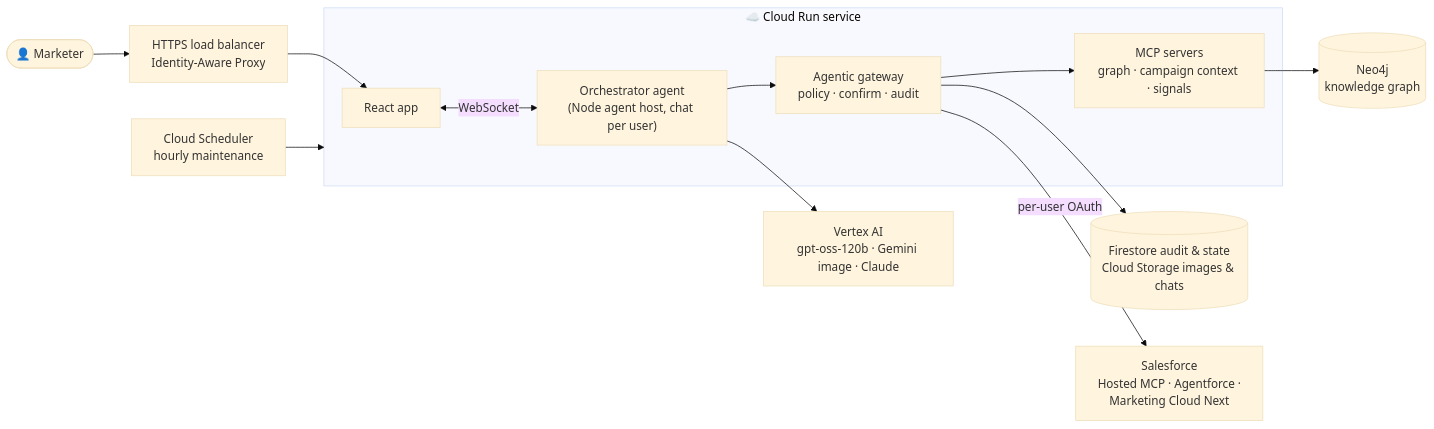
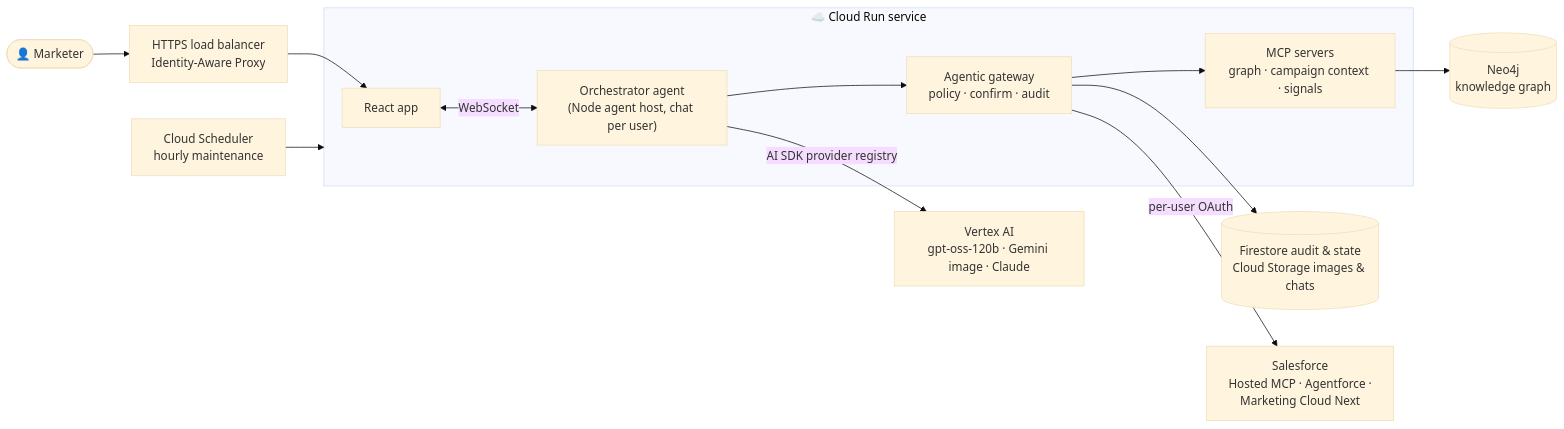
One commit to awbauer/agentic-marketing-demo changed the diagram in README.md. Above: the diagram before and after it, drawn with Mermaid (base theme). The commit also changed other lines of this file and 3 other files, not shown here.

First line of the commit message:
Teach the AI platform choice; README covers the architecture patterns

````diff
--- a/README.md
+++ b/README.md
@@ -78,26 +79,26 @@
 ```mermaid
 flowchart LR
   user(["👤 Marketer"])
   lb["HTTPS load balancer<br/>Identity-Aware Proxy"]
 
   subgraph run["☁️ Cloud Run service"]
     spa["React app"]
     orch["Orchestrator agent<br/>(Node agent host, chat per user)"]
     gw["Agentic gateway<br/>policy · confirm · audit"]
     mcp["MCP servers<br/>graph · campaign context · signals"]
   end
 
   ai["Vertex AI<br/>gpt-oss-120b · Gemini image · Claude"]
   data[("Firestore audit & state<br/>Cloud Storage images & chats")]
   sched["Cloud Scheduler<br/>hourly maintenance"]
   sf["Salesforce<br/>Hosted MCP · Agentforce ·<br/>Marketing Cloud Next"]
   neo[("Neo4j<br/>knowledge graph")]
 
   user --> lb --> spa <-->|WebSocket| orch
-  orch --> ai
+  orch -->|AI SDK provider registry| ai
   orch --> gw
   gw --> mcp --> neo
   gw -->|per-user OAuth| sf
   gw --> data
   sched --> run
 ```
````
